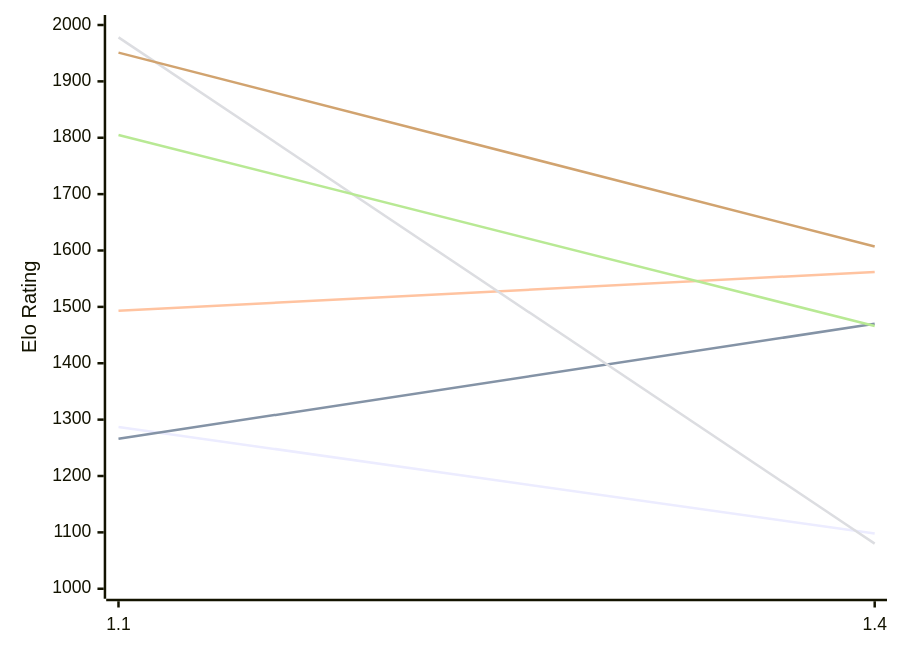
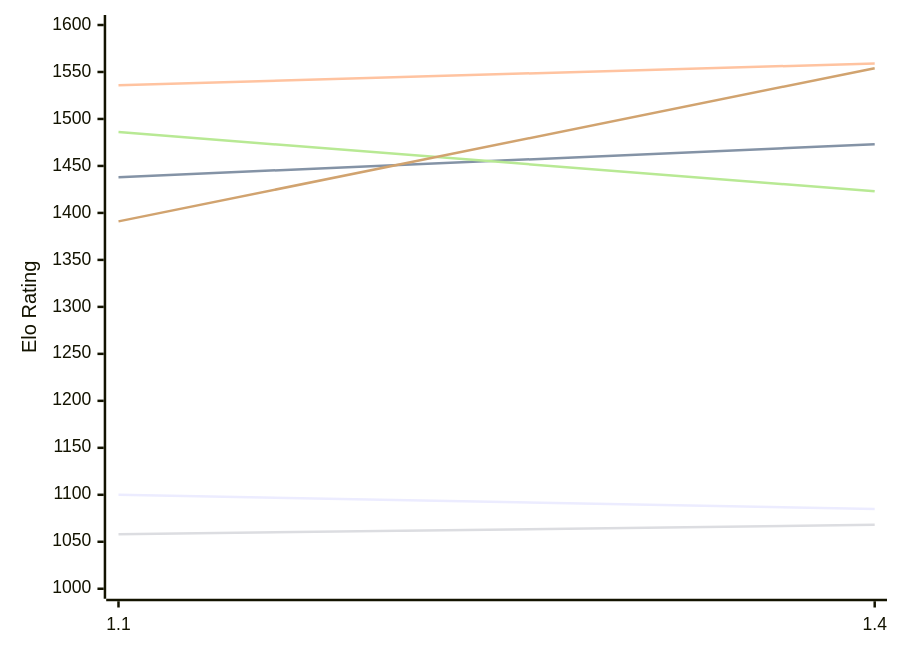
One commit to computer-chess-index/cci changed the first of 2 diagrams in engines/USunfish.md. Above: the diagram before and after it, drawn with Mermaid. The commit also changed other lines of this file, not shown here.

Commit message:
Update CCI Ratings (ELO VLTC) - 2026-11-13

````diff
--- a/engines/USunfish.md
+++ b/engines/USunfish.md
@@ -50,12 +50,12 @@
 ```mermaid
 %%{init: {"theme":"base","themeVariables":{"seriesColors:['#a3a3a3','#222221','#faa371']}}}%%
 xychart-beta
   x-axis ["1.1", "1.4"]
-  y-axis "Elo Rating" 1000 --> 2000
-  line "E1: STC (8.0+0.08s)" [1287, 1098]
-  line "E1: LTC (60.0+0.60s)" [1266, 1470]
-  line "E1: VLTC (2m24s+1.12s)" [1493, 1562]
-  line "P1: STC (8.0+0.08s)" [1978, 1080]
-  line "P1: LTC (60.0+0.60s)" [1805, 1466]
-  line "P1: VLTC (2m24s+1.12s)" [1951, 1607]
+  y-axis "Elo Rating" 1000 --> 1600
+  line "E1: STC (8.0+0.08s)" [1100, 1085]
+  line "E1: LTC (60.0+0.60s)" [1438, 1473]
+  line "E1: VLTC (2m24s+1.12s)" [1536, 1559]
+  line "P1: STC (8.0+0.08s)" [1058, 1068]
+  line "P1: LTC (60.0+0.60s)" [1486, 1423]
+  line "P1: VLTC (2m24s+1.12s)" [1391, 1554]
 ```
````
